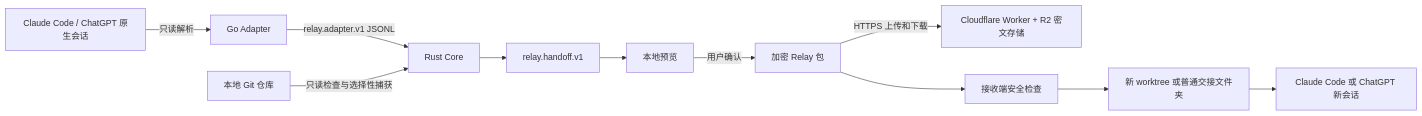
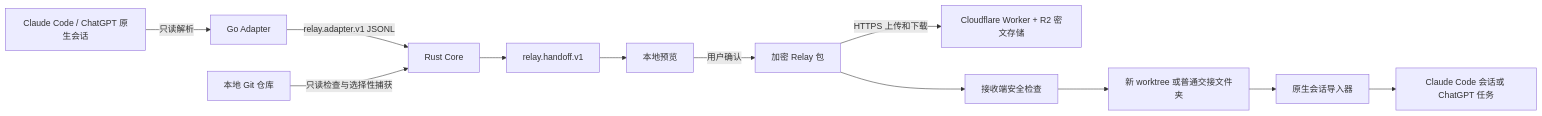
The diagram in docs/architecture.md (serein431/Relay), drawn with Mermaid before and after one commit. The commit also changed other lines of this file and 58 other files, not shown here.

````diff
--- a/docs/architecture.md
+++ b/docs/architecture.md
@@ -20,13 +20,14 @@
 ```mermaid
 flowchart LR
     A["Claude Code / ChatGPT 原生会话"] -->|"只读解析"| B["Go Adapter"]
     B -->|"relay.adapter.v1 JSONL"| C["Rust Core"]
     D["本地 Git 仓库"] -->|"只读检查与选择性捕获"| C
     C --> E["relay.handoff.v1"]
     E --> F["本地预览"]
     F -->|"用户确认"| G["加密 Relay 包"]
     G -->|"HTTPS 上传和下载"| H["Cloudflare Worker + R2 密文存储"]
     G --> I["接收端安全检查"]
     I --> J["新 worktree 或普通交接文件夹"]
-    J --> K["Claude Code 或 ChatGPT 新会话"]
+    J --> K["原生会话导入器"]
+    K --> L["Claude Code 会话或 ChatGPT 任务"]
 ```
````
